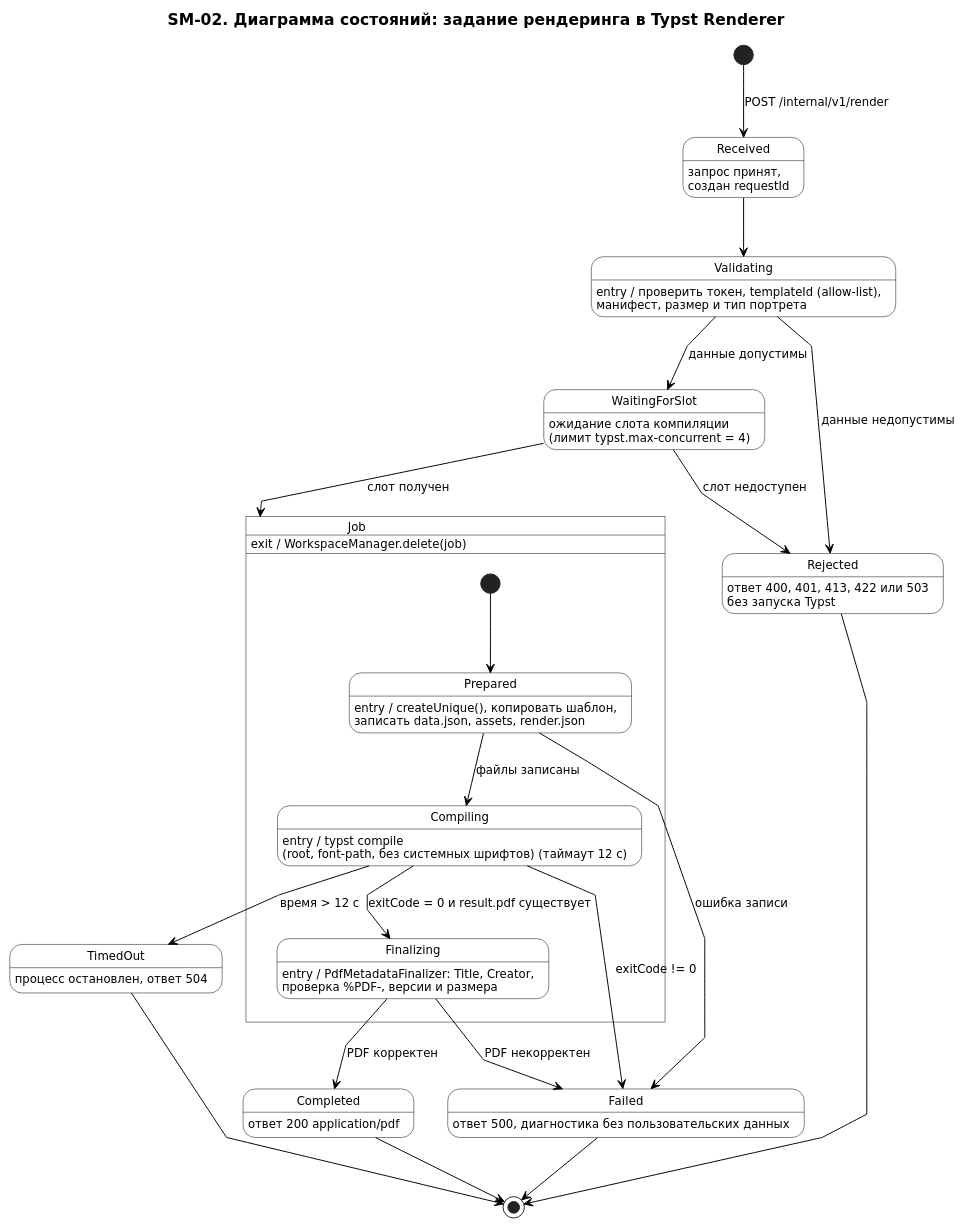
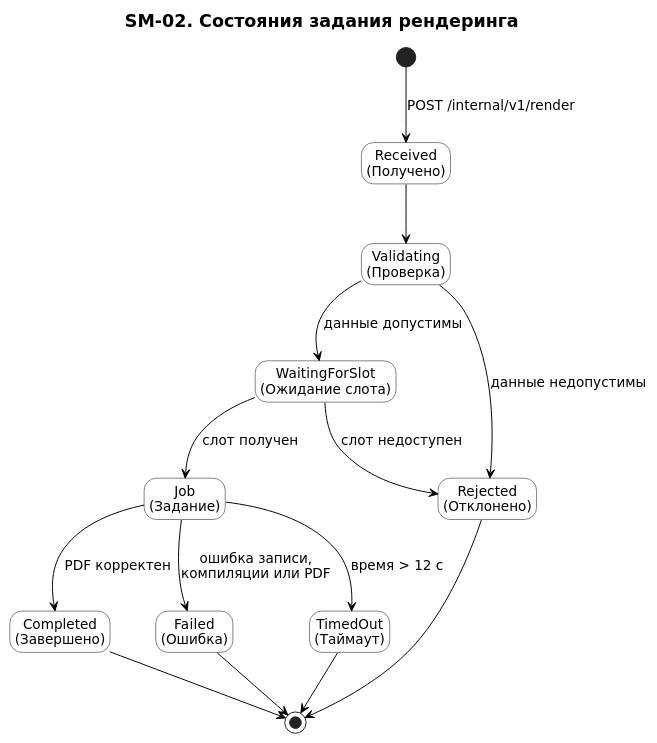
One commit to Yakush-A/SDLC-BSUIR changed the diagram in uml/diagrams/sm-02-render-job.puml. Above: the diagram before and after it, drawn with PlantUML. The commit also changed 12 other files, not shown here.

Commit message:
fix: UML diagrams secret DS API

```diff
--- a/uml/diagrams/sm-02-render-job.puml
+++ b/uml/diagrams/sm-02-render-job.puml
@@ -1,61 +1,47 @@
 @startuml sm-02-render-job
 skinparam backgroundColor #FFFFFF
 skinparam shadowing false
 skinparam style strictuml
-skinparam linetype polyline
 skinparam defaultFontName "DejaVu Sans"
-skinparam defaultFontSize 12
+skinparam defaultFontSize 14
 skinparam ArrowColor #000000
 skinparam ArrowFontColor #000000
 skinparam TitleFontColor #000000
-skinparam TitleFontSize 16
+skinparam TitleFontSize 18
 skinparam TitleFontStyle bold
 skinparam NoteBackgroundColor #FFFFFF
 skinparam NoteBorderColor #000000
 skinparam NoteFontColor #000000
 skinparam state {
   BackgroundColor #FFFFFF
   BorderColor #000000
   FontColor #000000
   StartColor #000000
   EndColor #000000
 }
-title SM-02. Диаграмма состояний: задание рендеринга в Typst Renderer
+title SM-02. Состояния задания рендеринга
 hide empty description
 
 [*] --> Received : POST /internal/v1/render
-state Received : запрос принят,\nсоздан requestId
-state Validating : entry / проверить токен, templateId (allow-list),\nманифест, размер и тип портрета
-state WaitingForSlot : ожидание слота компиляции\n(лимит typst.max-concurrent = 4)
-state Rejected : ответ 400, 401, 413, 422 или 503\nбез запуска Typst
-
-state Job {
-  state Prepared : entry / createUnique(), копировать шаблон,\nзаписать data.json, assets, render.json
-  state Compiling : entry / typst compile\n(root, font-path, без системных шрифтов) (таймаут 12 с)
-  state Finalizing : entry / PdfMetadataFinalizer: Title, Creator,\nпроверка %PDF-, версии и размера
-  [*] --> Prepared
-  Prepared --> Compiling : файлы записаны
-  Compiling --> Finalizing : exitCode = 0 и result.pdf существует
-}
-Job : exit / WorkspaceManager.delete(job)
-
-state Completed : ответ 200 application/pdf
-state Failed : ответ 500, диагностика без пользовательских данных
-state TimedOut : процесс остановлен, ответ 504
+state "Received\n(Получено)" as Received
+state "Validating\n(Проверка)" as Validating
+state "WaitingForSlot\n(Ожидание слота)" as WaitingForSlot
+state "Rejected\n(Отклонено)" as Rejected
+state "Job\n(Задание)" as Job
+state "Completed\n(Завершено)" as Completed
+state "Failed\n(Ошибка)" as Failed
+state "TimedOut\n(Таймаут)" as TimedOut
 
 Received --> Validating
 Validating --> Rejected : данные недопустимы
 Validating --> WaitingForSlot : данные допустимы
 WaitingForSlot --> Rejected : слот недоступен
 WaitingForSlot --> Job : слот получен
-Prepared --> Failed : ошибка записи
-Compiling --> TimedOut : время > 12 с
-Compiling --> Failed : exitCode != 0
-Finalizing --> Completed : PDF корректен
-Finalizing --> Failed : PDF некорректен
-
+Job --> Completed : PDF корректен
+Job --> Failed : ошибка записи,\nкомпиляции или PDF
+Job --> TimedOut : время > 12 с
 Rejected --> [*]
 Completed --> [*]
 Failed --> [*]
 TimedOut --> [*]
 @enduml
```
